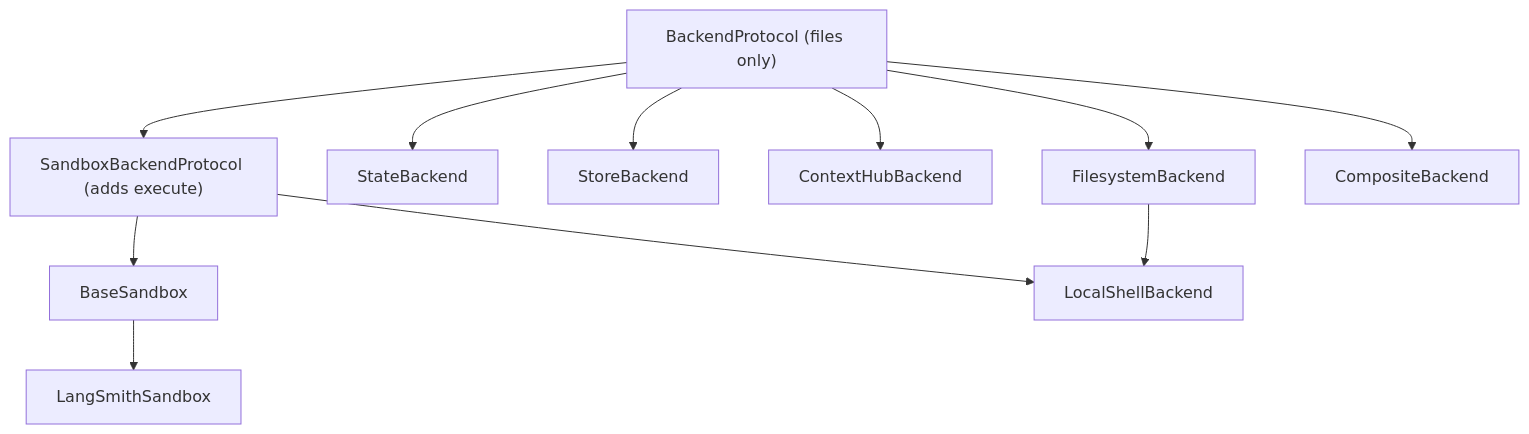
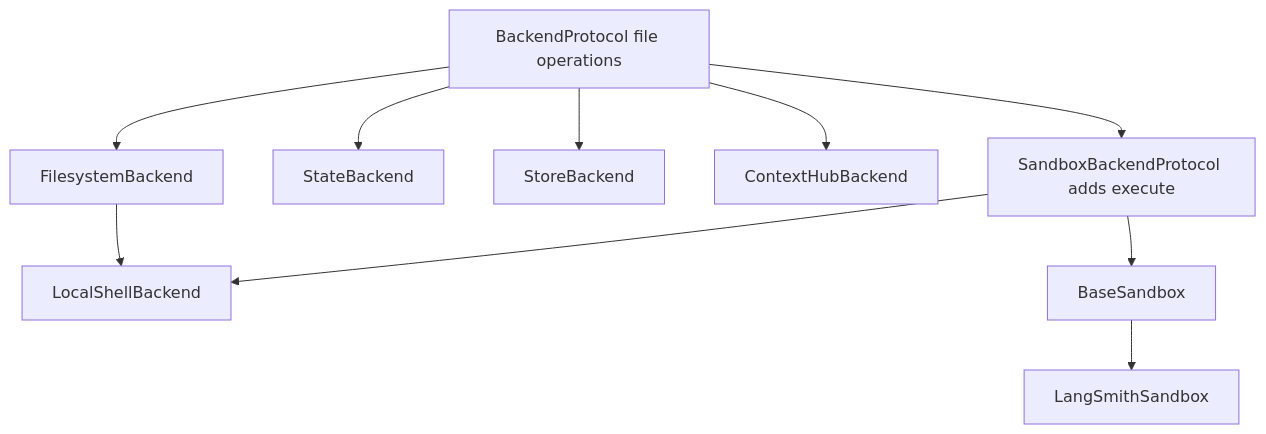
One commit to langchain-ai/deepagents changed the first of 2 diagrams in openwiki/concepts/backends.md. Above: the diagram before and after it, drawn with Mermaid. The commit also changed other lines of this file and 136 other files, not shown here.

````diff
--- a/openwiki/concepts/backends.md
+++ b/openwiki/concepts/backends.md
@@ -118,24 +63,21 @@
 ```mermaid
 flowchart TD
-    BP["BackendProtocol (files only)"]
-    SBP["SandboxBackendProtocol (adds execute)"]
-    State["StateBackend"]
-    Store["StoreBackend"]
-    Hub["ContextHubBackend"]
-    FS["FilesystemBackend"]
-    Base["BaseSandbox"]
-    Local["LocalShellBackend"]
-    LS["LangSmithSandbox"]
-    Comp["CompositeBackend"]
-
-    BP --> State
-    BP --> Store
-    BP --> Hub
-    BP --> FS
-    BP --> Comp
-    BP --> SBP
-    SBP --> Base
-    FS --> Local
-    SBP --> Local
-    Base --> LS
+    Files["BackendProtocol file operations"]
+    Shell["SandboxBackendProtocol adds execute"]
+    StateBackend["StateBackend"]
+    StoreBackend["StoreBackend"]
+    HubBackend["ContextHubBackend"]
+    DiskBackend["FilesystemBackend"]
+    LocalBackend["LocalShellBackend"]
+    BaseSandbox["BaseSandbox"]
+    RemoteSandbox["LangSmithSandbox"]
+    Files --> StateBackend
+    Files --> StoreBackend
+    Files --> HubBackend
+    Files --> DiskBackend
+    Files --> Shell
+    DiskBackend --> LocalBackend
+    Shell --> LocalBackend
+    Shell --> BaseSandbox
+    BaseSandbox --> RemoteSandbox
 ```
````
